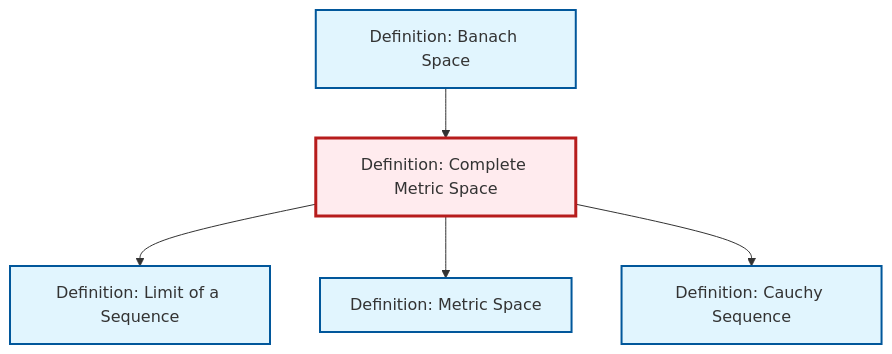
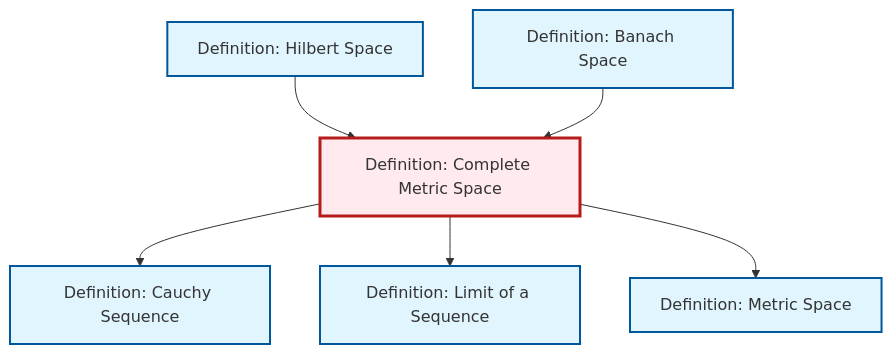
The diagram in content/en/analysis/def-complete-metric-space.qmd (RK0429/ModernMath), drawn with Mermaid before and after one commit. The commit also changed 597 other files, not shown here.

````diff
--- a/content/en/analysis/def-complete-metric-space.qmd
+++ b/content/en/analysis/def-complete-metric-space.qmd
@@ -53,23 +53,26 @@
 ```{mermaid}
 %%| fig-cap: "Local dependency graph"
 graph TD
     classDef definition fill:#e1f5fe,stroke:#01579b,stroke-width:2px
     classDef theorem fill:#f3e5f5,stroke:#4a148c,stroke-width:2px
     classDef axiom fill:#fff3e0,stroke:#e65100,stroke-width:2px
     classDef example fill:#e8f5e9,stroke:#1b5e20,stroke-width:2px
     classDef current fill:#ffebee,stroke:#b71c1c,stroke-width:3px
+    def-complete-metric-space["Definition: Complete Metric Space"]:::definition
+    def-metric-space["Definition: Metric Space"]:::definition
     def-banach-space["Definition: Banach Space"]:::definition
-    def-metric-space["Definition: Metric Space"]:::definition
     def-cauchy-sequence["Definition: Cauchy Sequence"]:::definition
     def-limit["Definition: Limit of a Sequence"]:::definition
-    def-complete-metric-space["Definition: Complete Metric Space"]:::definition
+    def-hilbert-space["Definition: Hilbert Space"]:::definition
+    def-complete-metric-space --> def-cauchy-sequence
+    def-hilbert-space --> def-complete-metric-space
     def-banach-space --> def-complete-metric-space
     def-complete-metric-space --> def-limit
     def-complete-metric-space --> def-metric-space
-    def-complete-metric-space --> def-cauchy-sequence
     class def-complete-metric-space current
+    click def-metric-space "def-metric-space.html" "Go to Metric Space definition"
     click def-banach-space "def-banach-space.html" "Go to Banach Space definition"
-    click def-metric-space "def-metric-space.html" "Go to Metric Space definition"
     click def-cauchy-sequence "def-cauchy-sequence.html" "Go to Cauchy Sequence definition"
     click def-limit "def-limit.html" "Go to Limit of a Sequence definition"
+    click def-hilbert-space "def-hilbert-space.html" "Go to Hilbert Space definition"
 ```
````
